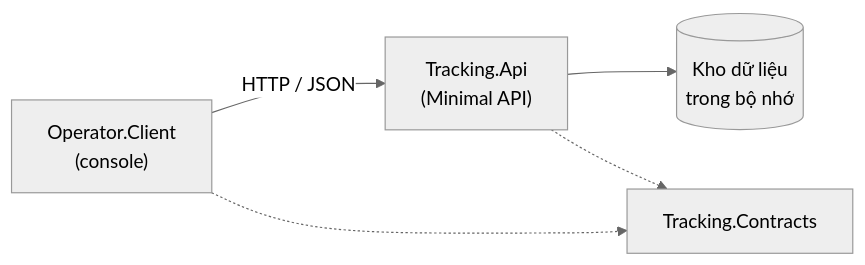
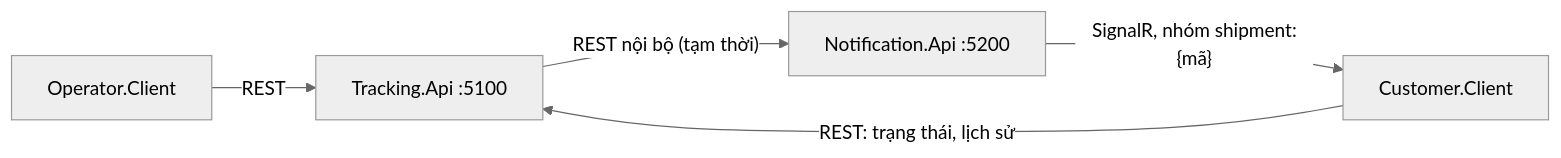
One commit to daominhtam2k6/Shipment-Tracking changed the diagram in README.md. Above: the diagram before and after it, drawn with Mermaid (neutral theme). The commit also changed other lines of this file, not shown here.

Commit message:
docs: cập nhật README tuần 2 (Notification.Api, Customer.Client, luồng thông báo)

````diff
--- a/README.md
+++ b/README.md
@@ -9,7 +9,7 @@
 ```mermaid
 flowchart LR
-    Op["Operator.Client<br/>(console)"] -- "HTTP / JSON" --> Api["Tracking.Api<br/>(Minimal API)"]
-    Api --> Repo[("Kho dữ liệu<br/>trong bộ nhớ")]
-    Op -.-> Con["Tracking.Contracts"]
-    Api -.-> Con
+    Op["Operator.Client"] -- "REST" --> Api["Tracking.Api :5100"]
+    Api -- "REST nội bộ (tạm thời)" --> Noti["Notification.Api :5200"]
+    Noti -- "SignalR, nhóm shipment:{mã}" --> Cus["Customer.Client"]
+    Cus -- "REST: trạng thái, lịch sử" --> Api
 ```
````
